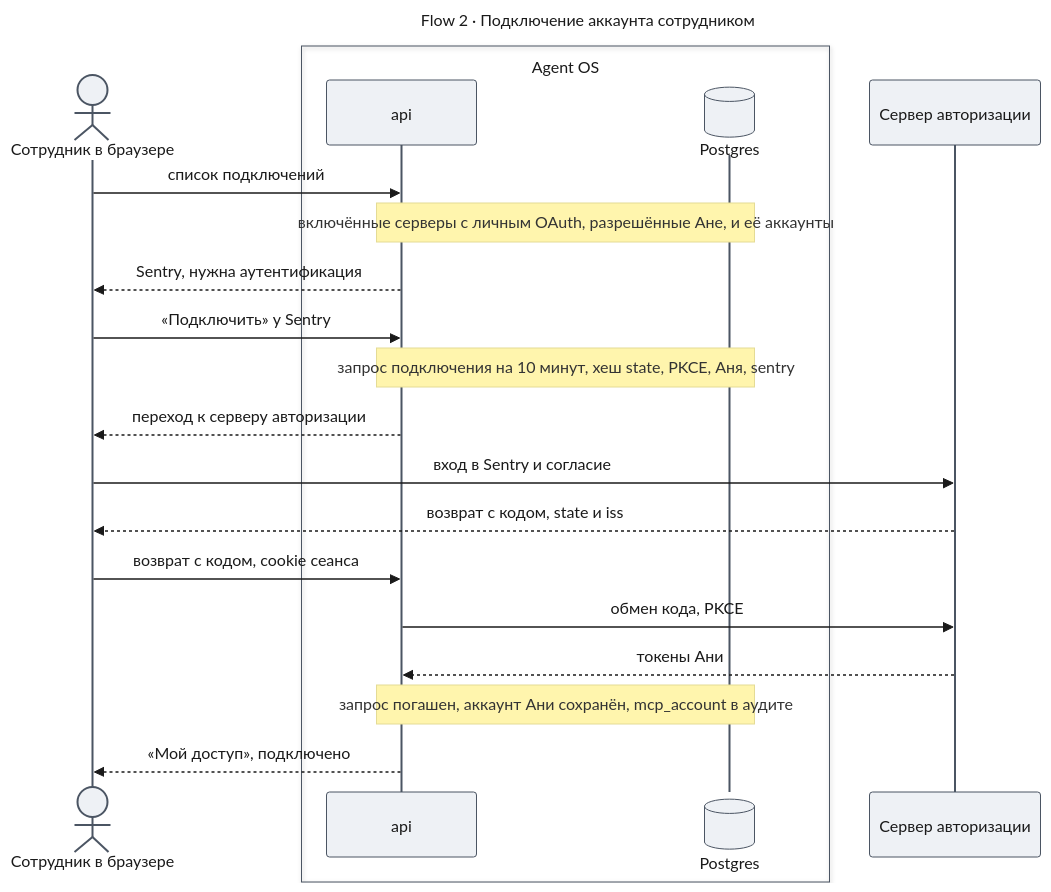
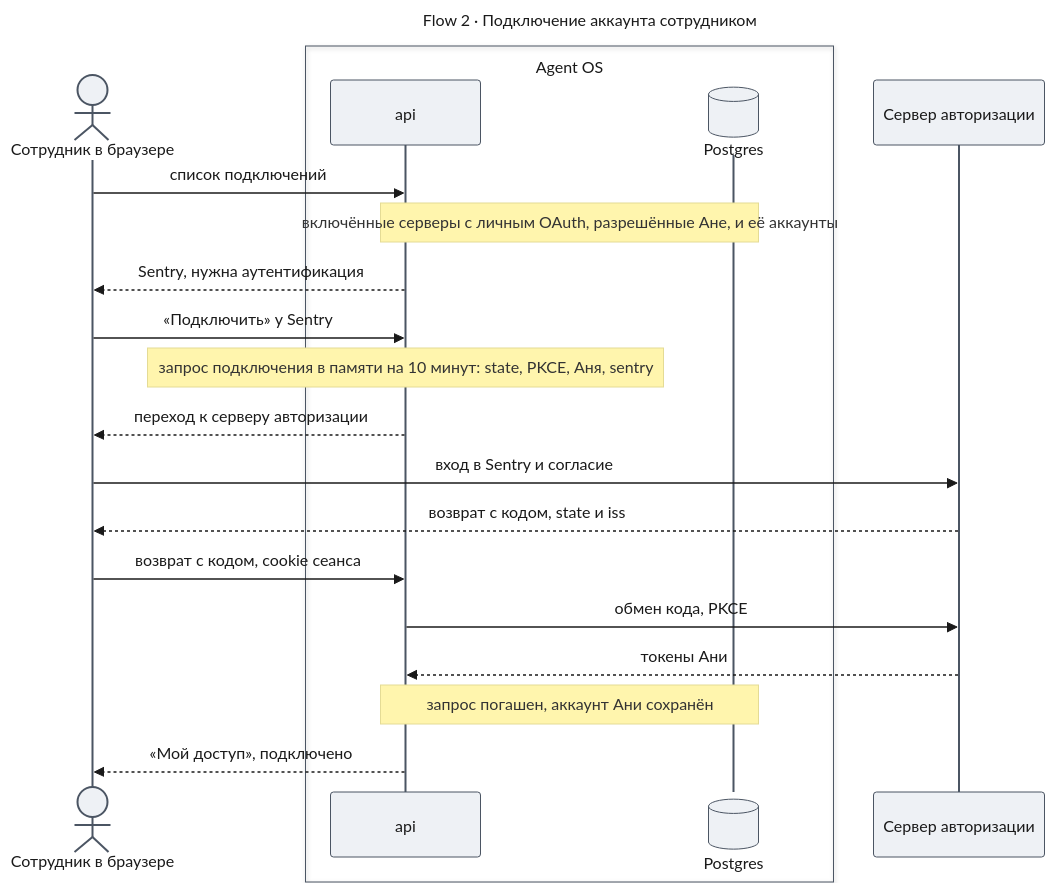
One commit to tundraray/agent-os changed the seventh of 9 diagrams in docs/features/enterprise-access/design-mcp-connect.md. Above: the diagram before and after it, drawn with Mermaid. The commit also changed other lines of this file and 3 other files, not shown here.

````diff
--- a/docs/features/enterprise-access/design-mcp-connect.md
+++ b/docs/features/enterprise-access/design-mcp-connect.md
@@ -564,46 +562,46 @@
 ```mermaid
 ---
 title: "Flow 2 · Подключение аккаунта сотрудником"
 config:
   theme: base
   look: classic
   themeVariables:
     primaryColor: "#eef1f5"
     primaryBorderColor: "#4b5563"
     primaryTextColor: "#1a1a1a"
     lineColor: "#6b7280"
   themeCSS: |
     @keyframes lit_mf2{0%,9%{stroke:#991b1b;stroke-width:6px}10%,100%{stroke:#37474f;stroke-width:2px}}
     @keyframes litr_mf2{0%,9%{stroke:#1d4ed8;stroke-width:6px}10%,100%{stroke:#37474f;stroke-width:2px}}
     .messageLine0[data-id='i0'],.messageLine1[data-id='i0']{animation:lit_mf2 12s linear 0s infinite}
     .messageLine0[data-id='i2'],.messageLine1[data-id='i2']{animation:litr_mf2 12s linear 1.2s infinite}
     .messageLine0[data-id='i3'],.messageLine1[data-id='i3']{animation:lit_mf2 12s linear 2.4s infinite}
     .messageLine0[data-id='i5'],.messageLine1[data-id='i5']{animation:litr_mf2 12s linear 3.6s infinite}
     .messageLine0[data-id='i6'],.messageLine1[data-id='i6']{animation:lit_mf2 12s linear 4.8s infinite}
     .messageLine0[data-id='i7'],.messageLine1[data-id='i7']{animation:litr_mf2 12s linear 6s infinite}
     .messageLine0[data-id='i8'],.messageLine1[data-id='i8']{animation:lit_mf2 12s linear 7.2s infinite}
     .messageLine0[data-id='i9'],.messageLine1[data-id='i9']{animation:lit_mf2 12s linear 8.4s infinite}
     .messageLine0[data-id='i10'],.messageLine1[data-id='i10']{animation:litr_mf2 12s linear 9.6s infinite}
     .messageLine0[data-id='i12'],.messageLine1[data-id='i12']{animation:litr_mf2 12s linear 10.8s infinite}
 ---
 sequenceDiagram
     actor U as Сотрудник в браузере
     box Agent OS
     participant A as api
     participant DB@{ "type": "database" } as Postgres
     end
     participant S as Сервер авторизации
     U->>A: список подключений
     Note over A,DB: включённые серверы с личным OAuth, разрешённые Ане, и её аккаунты
     A-->>U: Sentry, нужна аутентификация
     U->>A: «Подключить» у Sentry
-    Note over A,DB: запрос подключения на 10 минут, хеш state, PKCE, Аня, sentry
+    Note over A: запрос подключения в памяти на 10 минут: state, PKCE, Аня, sentry
     A-->>U: переход к серверу авторизации
     U->>S: вход в Sentry и согласие
     S-->>U: возврат с кодом, state и iss
     U->>A: возврат с кодом, cookie сеанса
     A->>S: обмен кода, PKCE
     S-->>A: токены Ани
-    Note over A,DB: запрос погашен, аккаунт Ани сохранён, mcp_account в аудите
+    Note over A,DB: запрос погашен, аккаунт Ани сохранён
     A-->>U: «Мой доступ», подключено
 ```
````
